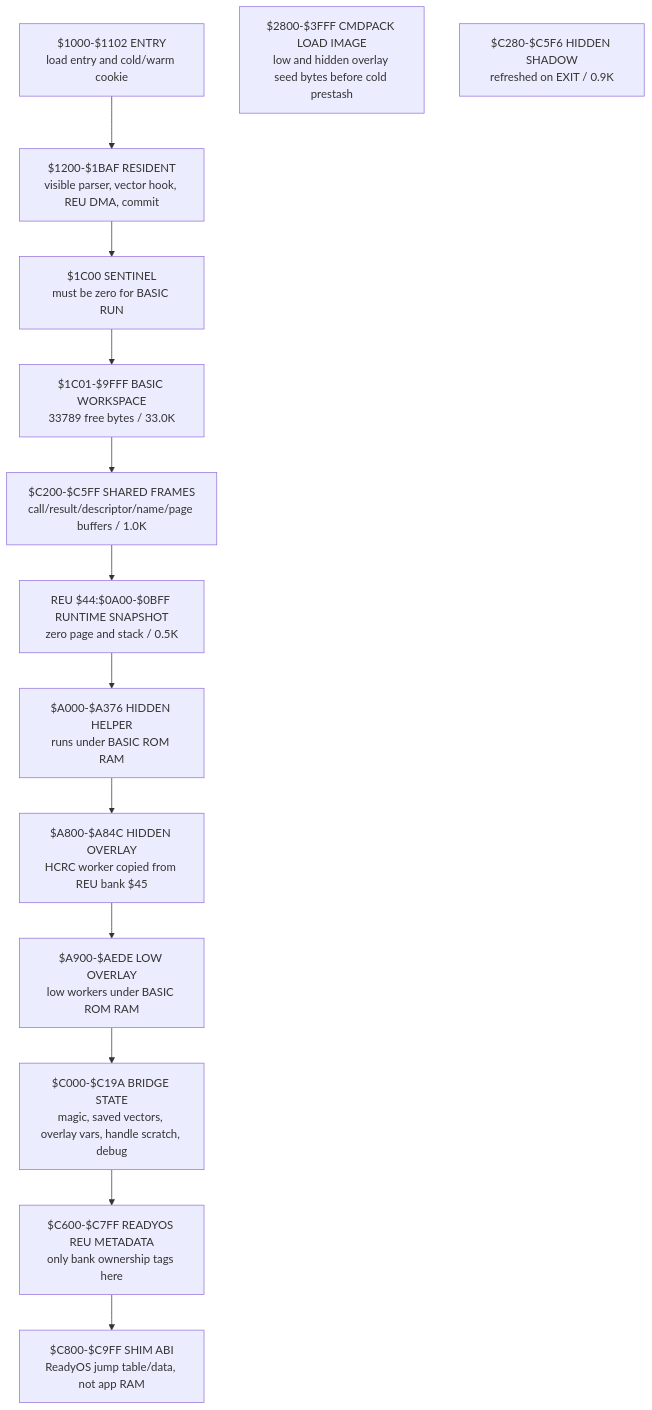
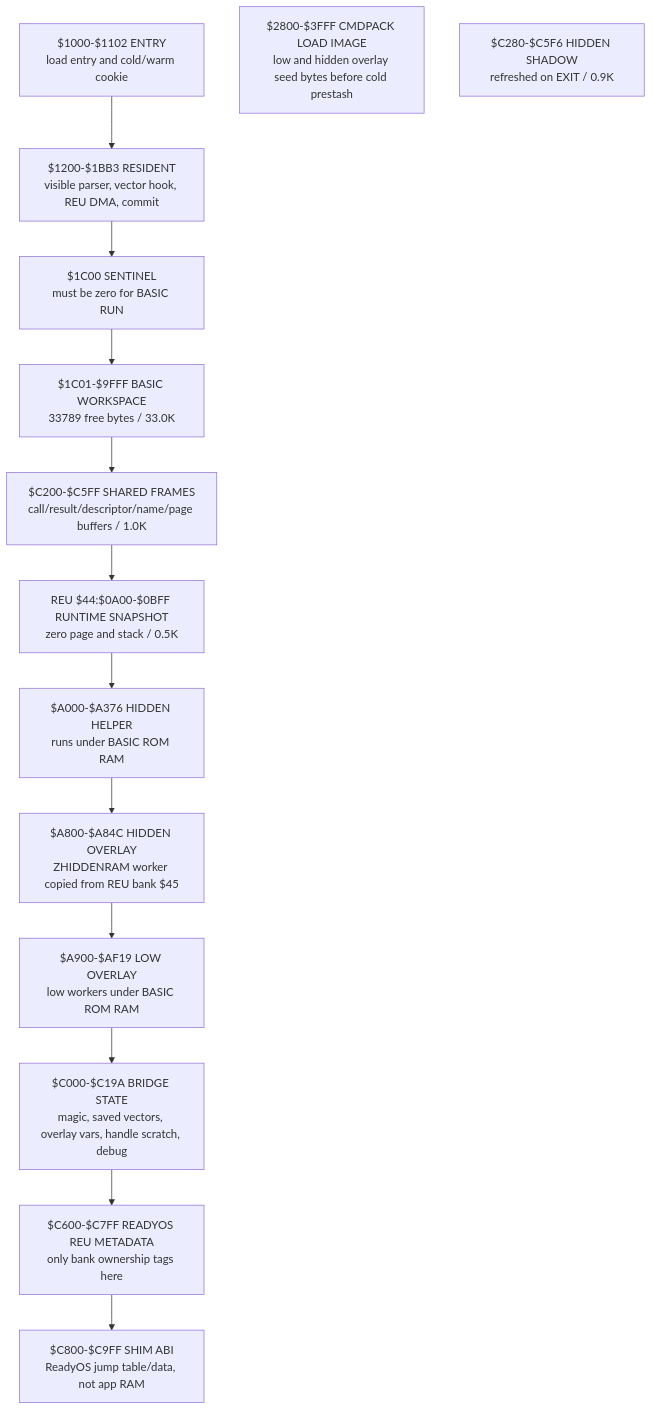
One commit to 123Onetwothree123/6502 changed the first of 8 diagrams in src/apps/readybasic/READYBASIC_LIFECYCLE_AND_REU_ARCHITECTURE.md. Above: the diagram before and after it, drawn with Mermaid. The commit also changed other lines of this file and 14 other files, not shown here.

````diff
--- a/src/apps/readybasic/READYBASIC_LIFECYCLE_AND_REU_ARCHITECTURE.md
+++ b/src/apps/readybasic/READYBASIC_LIFECYCLE_AND_REU_ARCHITECTURE.md
@@ -93,20 +93,20 @@
 ```mermaid
 flowchart TB
   A["$1000-$1102 ENTRY<br/>load entry and cold/warm cookie"]
-  B["$1200-$1BAF RESIDENT<br/>visible parser, vector hook, REU DMA, commit"]
+  B["$1200-$1BB3 RESIDENT<br/>visible parser, vector hook, REU DMA, commit"]
   C["$1C00 SENTINEL<br/>must be zero for BASIC RUN"]
   D["$1C01-$9FFF BASIC WORKSPACE<br/>33789 free bytes / 33.0K"]
   E["$2800-$3FFF CMDPACK LOAD IMAGE<br/>low and hidden overlay seed bytes before cold prestash"]
   F["REU $44:$0A00-$0BFF RUNTIME SNAPSHOT<br/>zero page and stack / 0.5K"]
   G["$C200-$C5FF SHARED FRAMES<br/>call/result/descriptor/name/page buffers / 1.0K"]
   I["$C280-$C5F6 HIDDEN SHADOW<br/>refreshed on EXIT / 0.9K"]
   J["$A000-$A376 HIDDEN HELPER<br/>runs under BASIC ROM RAM"]
-  K["$A800-$A84C HIDDEN OVERLAY<br/>HCRC worker copied from REU bank $45"]
-  O["$A900-$AEDE LOW OVERLAY<br/>low workers under BASIC ROM RAM"]
+  K["$A800-$A84C HIDDEN OVERLAY<br/>ZHIDDENRAM worker copied from REU bank $45"]
+  O["$A900-$AF19 LOW OVERLAY<br/>low workers under BASIC ROM RAM"]
   L["$C000-$C19A BRIDGE STATE<br/>magic, saved vectors, overlay vars, handle scratch, debug"]
   M["$C600-$C7FF READYOS REU METADATA<br/>only bank ownership tags here"]
   N["$C800-$C9FF SHIM ABI<br/>ReadyOS jump table/data, not app RAM"]
 
   A --> B --> C --> D --> G
   G --> F --> J --> K --> O --> L --> M --> N
 ```
````
